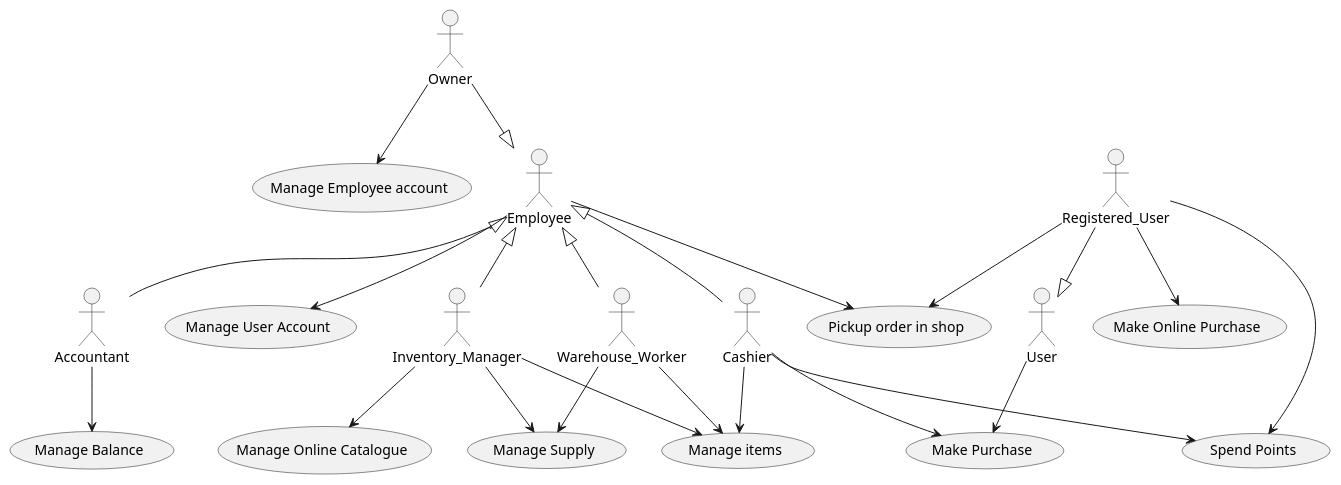
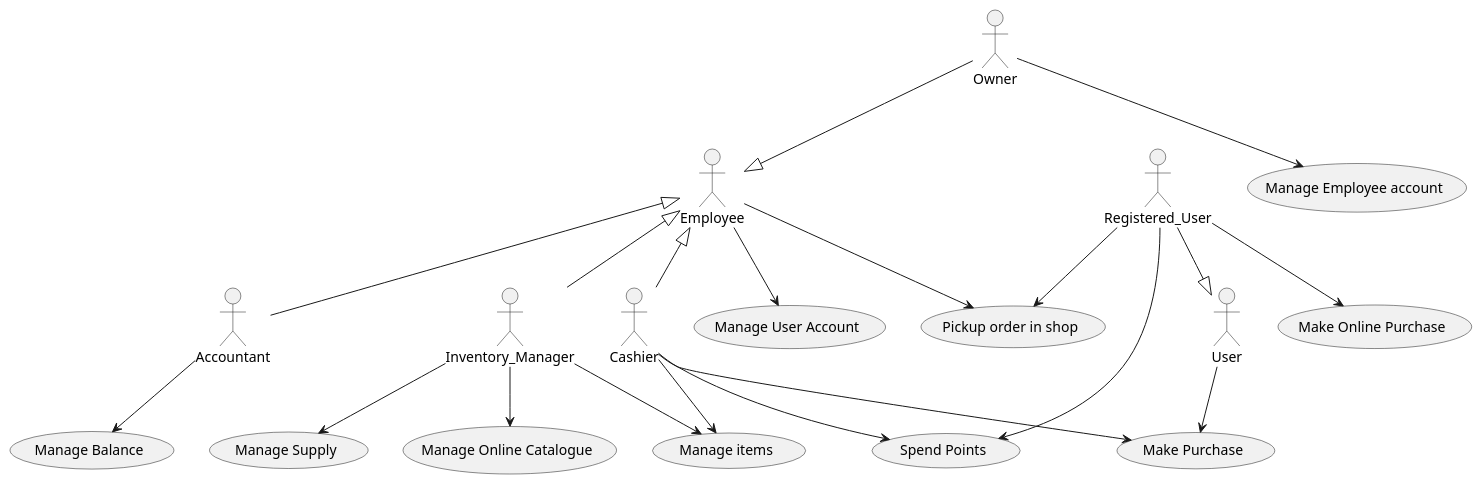
The second of 8 diagrams in Deliverables/RequirementsDocument.md (paolotron/EzshoProject31), drawn with PlantUML before and after one commit.

````diff
--- a/Deliverables/RequirementsDocument.md
+++ b/Deliverables/RequirementsDocument.md
@@ -197,32 +197,28 @@
 ```plantuml
 @startuml
 actor Owner
 actor Employee
 actor User
 actor Accountant
 actor Inventory_Manager
-actor Warehouse_Worker
 Employee <|-- Inventory_Manager
-Employee <|-- Warehouse_Worker
 Employee <|-- Cashier
 Employee <|-- Accountant
 Owner --|> Employee
 Employee --> (Manage User Account)
 Owner --> (Manage Employee account)
 Registered_User --|> User
 Accountant --> (Manage Balance)
 Registered_User --> (Make Online Purchase)
 User --> (Make Purchase)
 Cashier --> (Make Purchase)
 Inventory_Manager --> (Manage Supply)
 Inventory_Manager --> (Manage items)
-Warehouse_Worker --> (Manage items)
 Cashier --> (Manage items)
 Inventory_Manager --> (Manage Online Catalogue)
-Warehouse_Worker --> (Manage Supply)
 Registered_User --> (Spend Points)
 Cashier --> (Spend Points)
 Registered_User --> (Pickup order in shop)
 Employee --> (Pickup order in shop)
 @enduml
 ```
````
